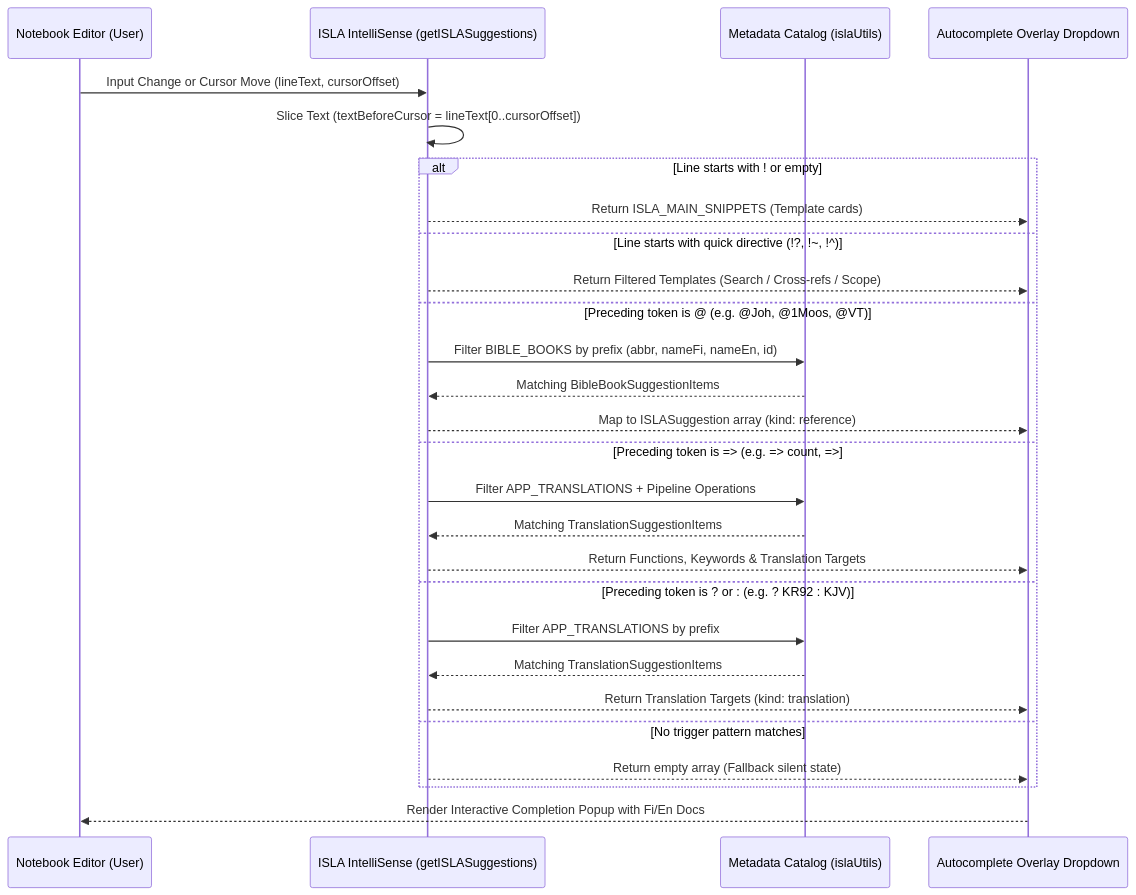
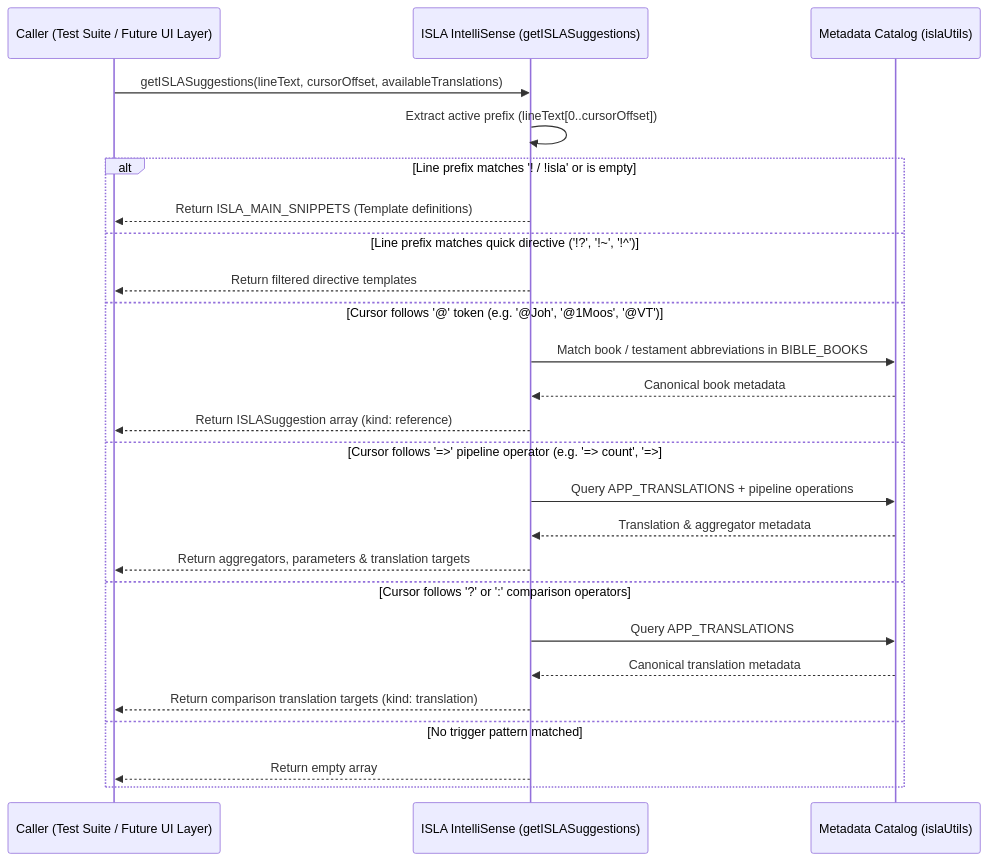
Before and after one commit to mvirtai/clible-v3-go: the diagram in pr_stories/069-feat-isla-intellisense-and-autocompletion.md, drawn with Mermaid. The commit also changed other lines of this file, not shown here.

````diff
--- a/pr_stories/069-feat-isla-intellisense-and-autocompletion.md
+++ b/pr_stories/069-feat-isla-intellisense-and-autocompletion.md
@@ -15,30 +15,28 @@
 ```mermaid
 sequenceDiagram
-    participant User as Notebook Editor (User)
+    participant Caller as Caller (Test Suite / Future UI Layer)
     participant Engine as ISLA IntelliSense (getISLASuggestions)
     participant Catalog as Metadata Catalog (islaUtils)
-    participant UI as Autocomplete Overlay Dropdown
 
-    User->>Engine: Input Change or Cursor Move (lineText, cursorOffset)
-    Engine->>Engine: Slice Text (textBeforeCursor = lineText[0..cursorOffset])
-    alt Line starts with ! or empty
-        Engine-->>UI: Return ISLA_MAIN_SNIPPETS (Template cards)
-    else Line starts with quick directive (!?, !~, !^)
-        Engine-->>UI: Return Filtered Templates (Search / Cross-refs / Scope)
-    else Preceding token is @ (e.g. @Joh, @1Moos, @VT)
-        Engine->>Catalog: Filter BIBLE_BOOKS by prefix (abbr, nameFi, nameEn, id)
-        Catalog-->>Engine: Matching BibleBookSuggestionItems
-        Engine-->>UI: Map to ISLASuggestion array (kind: reference)
-    else Preceding token is => (e.g. => count, => #themes, => KR92)
-        Engine->>Catalog: Filter APP_TRANSLATIONS + Pipeline Operations
-        Catalog-->>Engine: Matching TranslationSuggestionItems
-        Engine-->>UI: Return Functions, Keywords & Translation Targets
-    else Preceding token is ? or : (e.g. ? KR92 : KJV)
-        Engine->>Catalog: Filter APP_TRANSLATIONS by prefix
-        Catalog-->>Engine: Matching TranslationSuggestionItems
-        Engine-->>UI: Return Translation Targets (kind: translation)
-    else No trigger pattern matches
-        Engine-->>UI: Return empty array (Fallback silent state)
+    Caller->>Engine: getISLASuggestions(lineText, cursorOffset, availableTranslations)
+    Engine->>Engine: Extract active prefix (lineText[0..cursorOffset])
+    alt Line prefix matches '! / !isla' or is empty
+        Engine-->>Caller: Return ISLA_MAIN_SNIPPETS (Template definitions)
+    else Line prefix matches quick directive ('!?', '!~', '!^')
+        Engine-->>Caller: Return filtered directive templates
+    else Cursor follows '@' token (e.g. '@Joh', '@1Moos', '@VT')
+        Engine->>Catalog: Match book / testament abbreviations in BIBLE_BOOKS
+        Catalog-->>Engine: Canonical book metadata
+        Engine-->>Caller: Return ISLASuggestion array (kind: reference)
+    else Cursor follows '=>' pipeline operator (e.g. '=> count', '=> #themes')
+        Engine->>Catalog: Query APP_TRANSLATIONS + pipeline operations
+        Catalog-->>Engine: Translation & aggregator metadata
+        Engine-->>Caller: Return aggregators, parameters & translation targets
+    else Cursor follows '?' or ':' comparison operators
+        Engine->>Catalog: Query APP_TRANSLATIONS
+        Catalog-->>Engine: Canonical translation metadata
+        Engine-->>Caller: Return comparison translation targets (kind: translation)
+    else No trigger pattern matched
+        Engine-->>Caller: Return empty array
     end
-    UI-->>User: Render Interactive Completion Popup with Fi/En Docs
 ```
````
